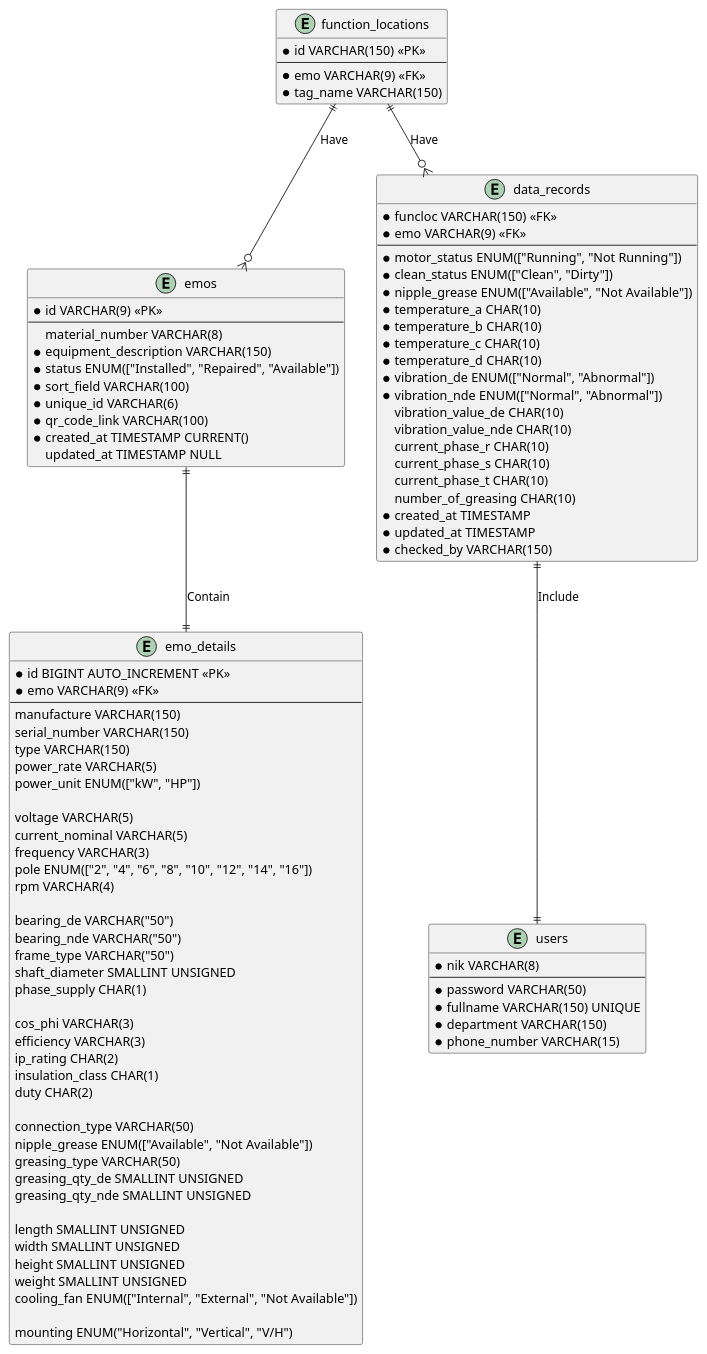
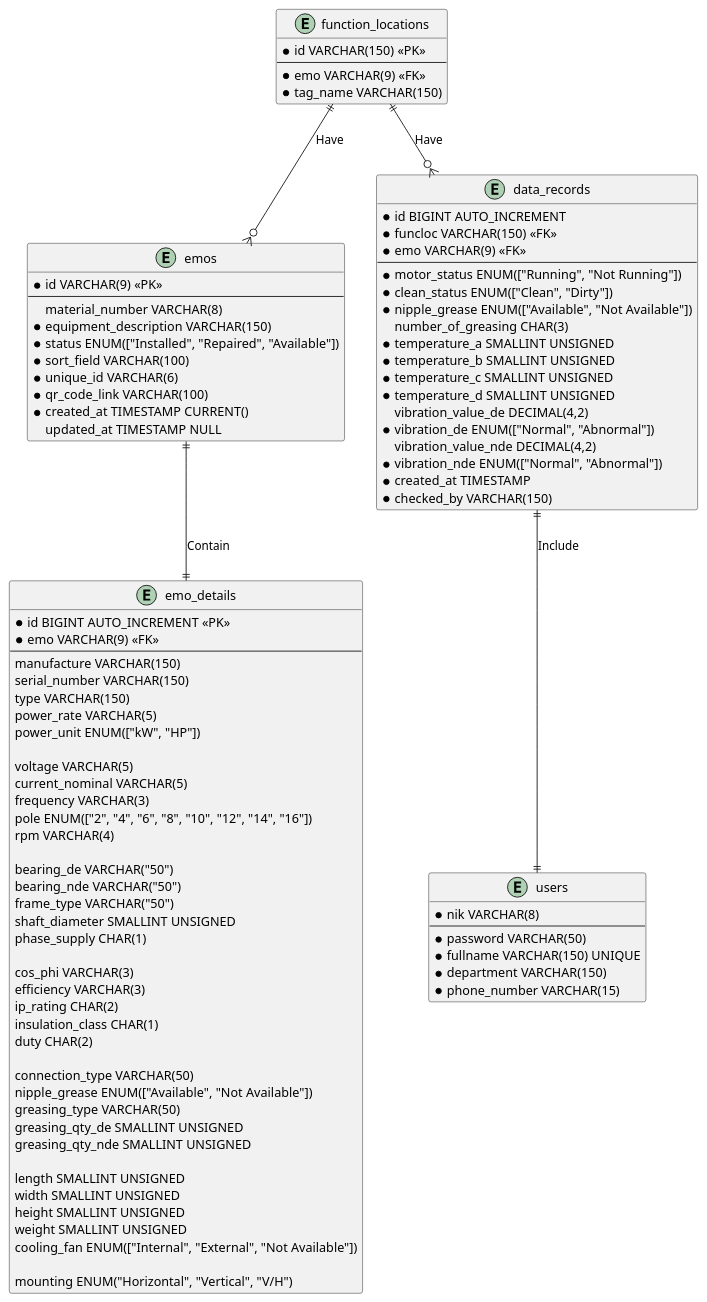
One commit to doniduaasattuu/fajar-e-maintenance changed the diagram in database/fajar_e_maintenance.puml. Above: the diagram before and after it, drawn with PlantUML. The commit also changed 10 other files, not shown here.

```diff
--- a/database/fajar_e_maintenance.puml
+++ b/database/fajar_e_maintenance.puml
@@ -1,107 +1,104 @@
 @startuml fajar_e_maintenance
 
 entity function_locations
 {
     * id VARCHAR(150) <<PK>>
     --
     * emo VARCHAR(9) <<FK>>
     * tag_name VARCHAR(150)
 }
 
 entity emos
 {
     * id VARCHAR(9) <<PK>>
     --
       material_number VARCHAR(8)
     * equipment_description VARCHAR(150)
     * status ENUM(["Installed", "Repaired", "Available"])
     * sort_field VARCHAR(100)
     * unique_id VARCHAR(6)
     * qr_code_link VARCHAR(100) 
     * created_at TIMESTAMP CURRENT()
       updated_at TIMESTAMP NULL
 }
 
 entity emo_details {
     * id BIGINT AUTO_INCREMENT <<PK>>
     * emo VARCHAR(9) <<FK>>
     --
     manufacture VARCHAR(150)
     serial_number VARCHAR(150)
     type VARCHAR(150)
     power_rate VARCHAR(5)
     power_unit ENUM(["kW", "HP"])
 
     voltage VARCHAR(5)
     current_nominal VARCHAR(5)
     frequency VARCHAR(3)
     pole ENUM(["2", "4", "6", "8", "10", "12", "14", "16"])
     rpm VARCHAR(4)
 
     bearing_de VARCHAR("50")
     bearing_nde VARCHAR("50")
     frame_type VARCHAR("50")
     shaft_diameter SMALLINT UNSIGNED
     phase_supply CHAR(1)
 
     cos_phi VARCHAR(3)
     efficiency VARCHAR(3)
     ip_rating CHAR(2)
     insulation_class CHAR(1)
     duty CHAR(2)
 
     connection_type VARCHAR(50)
     nipple_grease ENUM(["Available", "Not Available"])
     greasing_type VARCHAR(50)
     greasing_qty_de SMALLINT UNSIGNED
     greasing_qty_nde SMALLINT UNSIGNED
 
     length SMALLINT UNSIGNED
     width SMALLINT UNSIGNED
     height SMALLINT UNSIGNED
     weight SMALLINT UNSIGNED
     cooling_fan ENUM(["Internal", "External", "Not Available"])
 
     mounting ENUM("Horizontal", "Vertical", "V/H")
 }
 
 entity data_records {
+    * id BIGINT AUTO_INCREMENT
     * funcloc VARCHAR(150) <<FK>>
     * emo VARCHAR(9) <<FK>>
     --
     * motor_status ENUM(["Running", "Not Running"])
     * clean_status ENUM(["Clean", "Dirty"])
     * nipple_grease ENUM(["Available", "Not Available"])
-    * temperature_a CHAR(10)
-    * temperature_b CHAR(10)
-    * temperature_c CHAR(10)
-    * temperature_d CHAR(10)
+      number_of_greasing CHAR(3)
+    * temperature_a SMALLINT UNSIGNED
+    * temperature_b SMALLINT UNSIGNED
+    * temperature_c SMALLINT UNSIGNED
+    * temperature_d SMALLINT UNSIGNED
+      vibration_value_de DECIMAL(4,2)
     * vibration_de ENUM(["Normal", "Abnormal"])
+      vibration_value_nde DECIMAL(4,2)
     * vibration_nde ENUM(["Normal", "Abnormal"])
-      vibration_value_de CHAR(10)
-      vibration_value_nde CHAR(10)
-      current_phase_r CHAR(10)
-      current_phase_s CHAR(10)
-      current_phase_t CHAR(10)
-      number_of_greasing CHAR(10)
     * created_at TIMESTAMP
-    * updated_at TIMESTAMP
     * checked_by VARCHAR(150)
 }
 
 entity users {
     * nik VARCHAR(8)
     --
     * password VARCHAR(50)
     * fullname VARCHAR(150) UNIQUE
     * department VARCHAR(150)
     * phone_number VARCHAR(15)
 }
  
 function_locations ||--o{ emos : Have
 function_locations ||--o{ data_records : Have
 emos ||--|| emo_details : Contain
 data_records ||--|| users : Include
 
 
 @enduml
```
